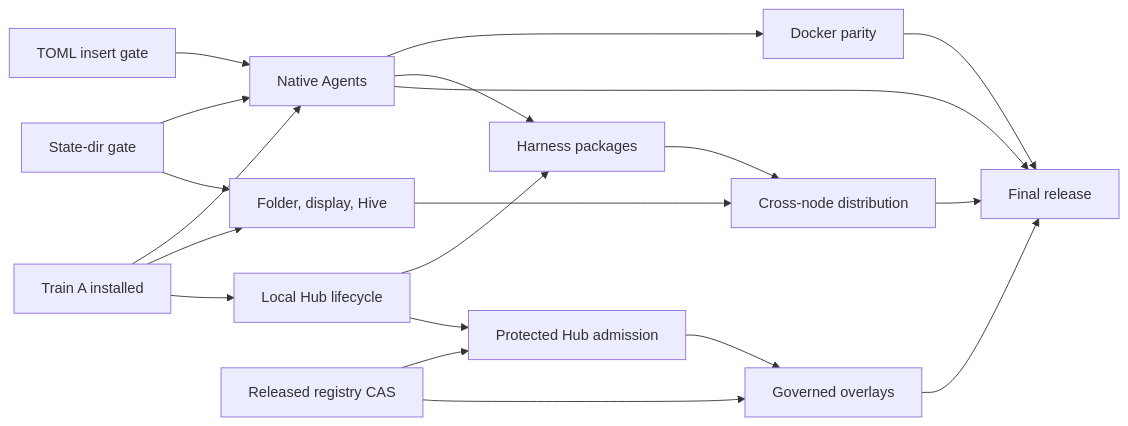
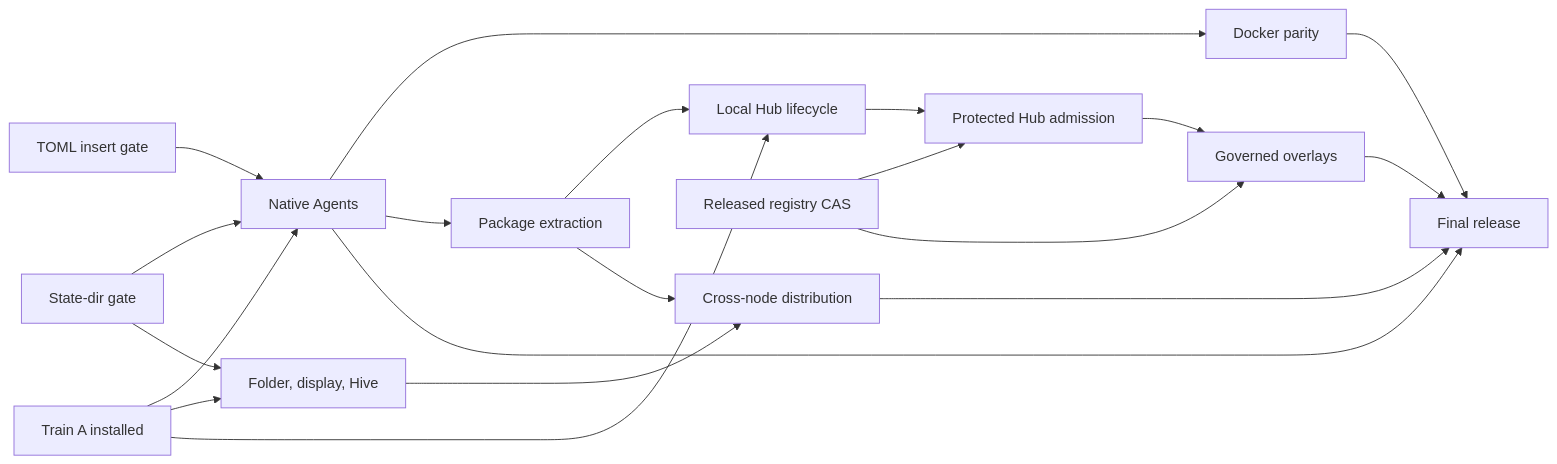
One commit to wippyai/bee changed the diagram in docs/FINISH_PLAN.md. Above: the diagram before and after it, drawn with Mermaid. The commit also changed other lines of this file, not shown here.

````diff
--- a/docs/FINISH_PLAN.md
+++ b/docs/FINISH_PLAN.md
@@ -159,22 +157,22 @@
 ```mermaid
 flowchart LR
     A[Train A installed] --> N[Native Agents]
     A --> T[Folder, display, Hive]
     A --> H[Local Hub lifecycle]
     S[State-dir gate] --> N
     M[TOML insert gate] --> N
     S --> T
     N --> X[Docker parity]
-    N --> P[Harness packages]
-    H --> P
+    N --> P[Package extraction]
+    P --> H
     T --> D[Cross-node distribution]
     P --> D
     H --> I[Protected Hub admission]
     C[Released registry CAS] --> I
     I --> O[Governed overlays]
     C --> O
     N --> R[Final release]
     X --> R
     D --> R
     O --> R
 ```
````
